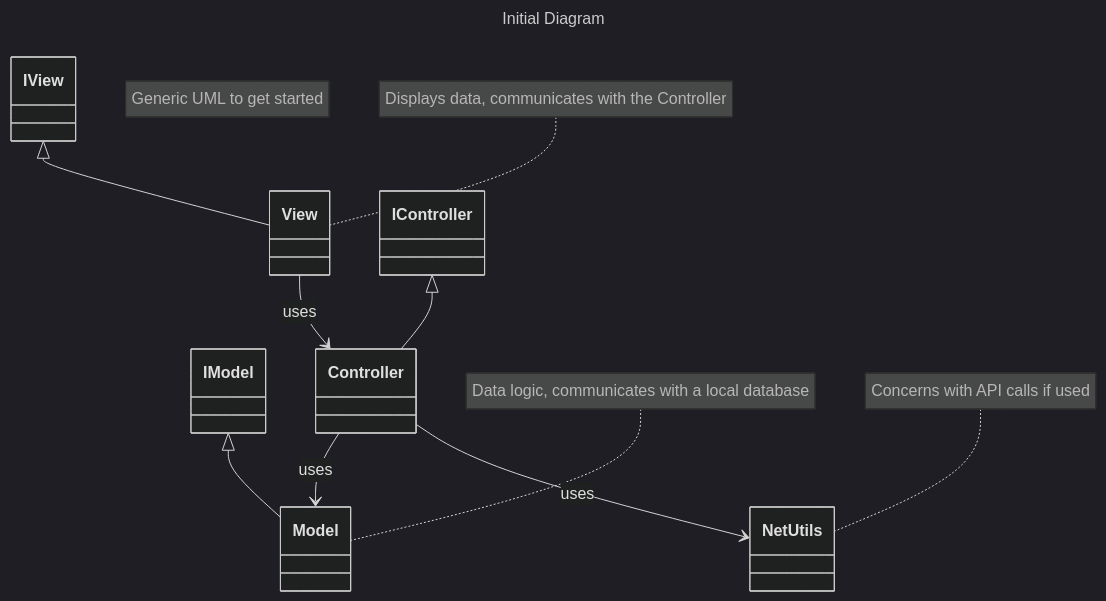
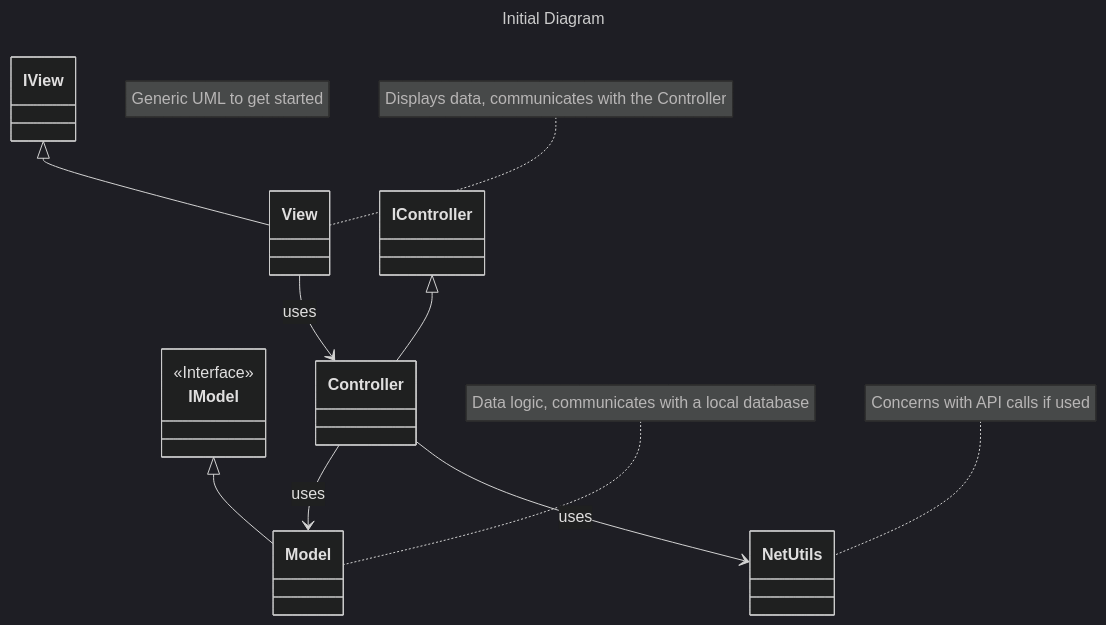
The first of 2 diagrams in DesignDocuments/ProductProposal.md (Su24-CS5004-Online-Lionelle/final-project-group-6), drawn with Mermaid (dark theme) before and after one commit. The commit also changed other lines of this file and 3 other files, not shown here.

Commit message:
docs: Updated uml

````diff
--- a/DesignDocuments/ProductProposal.md
+++ b/DesignDocuments/ProductProposal.md
@@ -9,17 +9,21 @@
 ```mermaid
 ---
 title: Initial Diagram
 ---
 classDiagram
   note "Generic UML to get started"
   IView <|-- View
   IModel <|-- Model
   note for Model "Data logic, communicates with a local database"
   NetUtils
   note for NetUtils "Concerns with API calls if used"
   IController <|-- Controller
   Controller --> NetUtils : uses
   Controller --> Model : uses
   View --> Controller : uses
   note for View "Displays data, communicates with the Controller"
+  class IModel {
+    <<Interface>>
+
+  }
 ```
````
